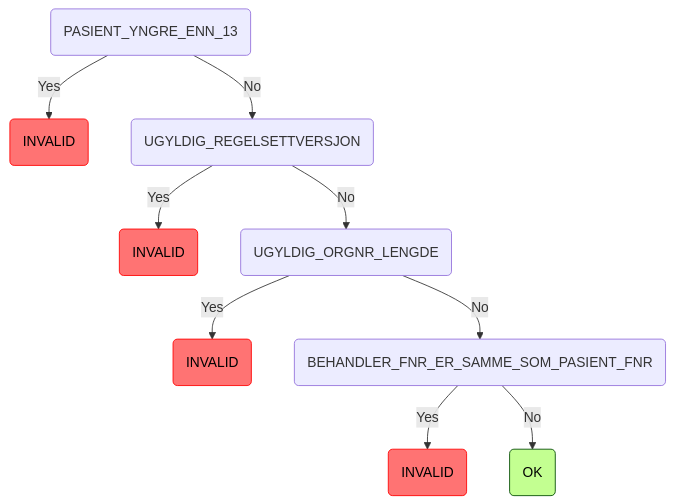
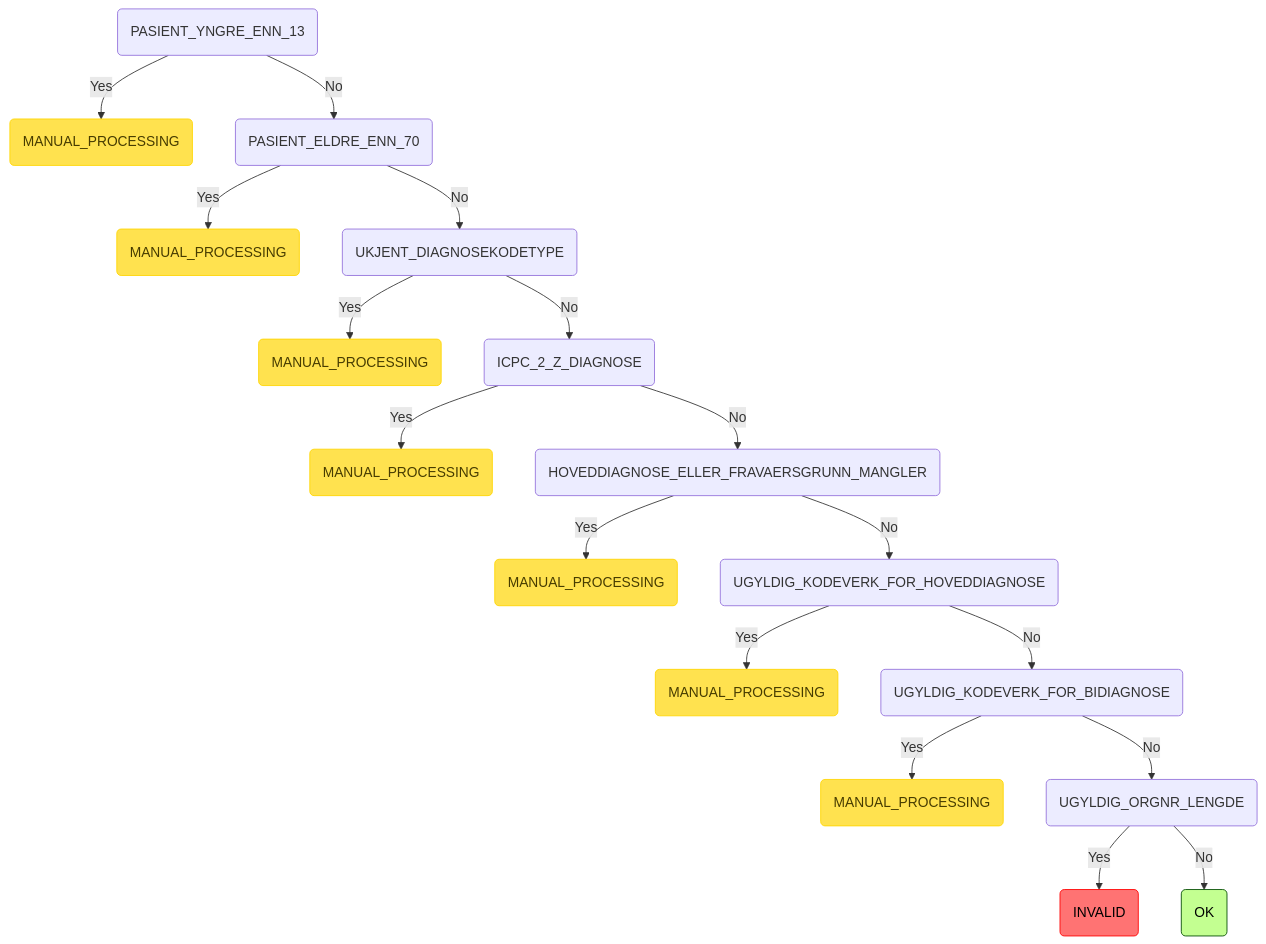
The third of 5 diagrams in README.md (navikt/syfosmpapirregler), drawn with Mermaid before and after one commit. The commit also changed other lines of this file and 13 other files, not shown here.

````diff
--- a/README.md
+++ b/README.md
@@ -106,14 +106,22 @@
 ```mermaid
 graph TD
-    root(PASIENT_YNGRE_ENN_13) -->|Yes| root_PASIENT_YNGRE_ENN_13_INVALID(INVALID):::invalid
-    root(PASIENT_YNGRE_ENN_13) -->|No| root_PASIENT_YNGRE_ENN_13_UGYLDIG_REGELSETTVERSJON(UGYLDIG_REGELSETTVERSJON)
-    root_PASIENT_YNGRE_ENN_13_UGYLDIG_REGELSETTVERSJON(UGYLDIG_REGELSETTVERSJON) -->|Yes| root_PASIENT_YNGRE_ENN_13_UGYLDIG_REGELSETTVERSJON_INVALID(INVALID):::invalid
-    root_PASIENT_YNGRE_ENN_13_UGYLDIG_REGELSETTVERSJON(UGYLDIG_REGELSETTVERSJON) -->|No| root_PASIENT_YNGRE_ENN_13_UGYLDIG_REGELSETTVERSJON_UGYLDIG_ORGNR_LENGDE(UGYLDIG_ORGNR_LENGDE)
-    root_PASIENT_YNGRE_ENN_13_UGYLDIG_REGELSETTVERSJON_UGYLDIG_ORGNR_LENGDE(UGYLDIG_ORGNR_LENGDE) -->|Yes| root_PASIENT_YNGRE_ENN_13_UGYLDIG_REGELSETTVERSJON_UGYLDIG_ORGNR_LENGDE_INVALID(INVALID):::invalid
-    root_PASIENT_YNGRE_ENN_13_UGYLDIG_REGELSETTVERSJON_UGYLDIG_ORGNR_LENGDE(UGYLDIG_ORGNR_LENGDE) -->|No| root_PASIENT_YNGRE_ENN_13_UGYLDIG_REGELSETTVERSJON_UGYLDIG_ORGNR_LENGDE_BEHANDLER_FNR_ER_SAMME_SOM_PASIENT_FNR(BEHANDLER_FNR_ER_SAMME_SOM_PASIENT_FNR)
-    root_PASIENT_YNGRE_ENN_13_UGYLDIG_REGELSETTVERSJON_UGYLDIG_ORGNR_LENGDE_BEHANDLER_FNR_ER_SAMME_SOM_PASIENT_FNR(BEHANDLER_FNR_ER_SAMME_SOM_PASIENT_FNR) -->|Yes| root_PASIENT_YNGRE_ENN_13_UGYLDIG_REGELSETTVERSJON_UGYLDIG_ORGNR_LENGDE_BEHANDLER_FNR_ER_SAMME_SOM_PASIENT_FNR_INVALID(INVALID):::invalid
-    root_PASIENT_YNGRE_ENN_13_UGYLDIG_REGELSETTVERSJON_UGYLDIG_ORGNR_LENGDE_BEHANDLER_FNR_ER_SAMME_SOM_PASIENT_FNR(BEHANDLER_FNR_ER_SAMME_SOM_PASIENT_FNR) -->|No| root_PASIENT_YNGRE_ENN_13_UGYLDIG_REGELSETTVERSJON_UGYLDIG_ORGNR_LENGDE_BEHANDLER_FNR_ER_SAMME_SOM_PASIENT_FNR_OK(OK):::ok
+    root(PASIENT_YNGRE_ENN_13) -->|Yes| root_PASIENT_YNGRE_ENN_13_MANUAL_PROCESSING(MANUAL_PROCESSING):::manuell
+    root(PASIENT_YNGRE_ENN_13) -->|No| root_PASIENT_YNGRE_ENN_13_PASIENT_ELDRE_ENN_70(PASIENT_ELDRE_ENN_70)
+    root_PASIENT_YNGRE_ENN_13_PASIENT_ELDRE_ENN_70(PASIENT_ELDRE_ENN_70) -->|Yes| root_PASIENT_YNGRE_ENN_13_PASIENT_ELDRE_ENN_70_MANUAL_PROCESSING(MANUAL_PROCESSING):::manuell
+    root_PASIENT_YNGRE_ENN_13_PASIENT_ELDRE_ENN_70(PASIENT_ELDRE_ENN_70) -->|No| root_PASIENT_YNGRE_ENN_13_PASIENT_ELDRE_ENN_70_UKJENT_DIAGNOSEKODETYPE(UKJENT_DIAGNOSEKODETYPE)
+    root_PASIENT_YNGRE_ENN_13_PASIENT_ELDRE_ENN_70_UKJENT_DIAGNOSEKODETYPE(UKJENT_DIAGNOSEKODETYPE) -->|Yes| root_PASIENT_YNGRE_ENN_13_PASIENT_ELDRE_ENN_70_UKJENT_DIAGNOSEKODETYPE_MANUAL_PROCESSING(MANUAL_PROCESSING):::manuell
+    root_PASIENT_YNGRE_ENN_13_PASIENT_ELDRE_ENN_70_UKJENT_DIAGNOSEKODETYPE(UKJENT_DIAGNOSEKODETYPE) -->|No| root_PASIENT_YNGRE_ENN_13_PASIENT_ELDRE_ENN_70_UKJENT_DIAGNOSEKODETYPE_ICPC_2_Z_DIAGNOSE(ICPC_2_Z_DIAGNOSE)
+    root_PASIENT_YNGRE_ENN_13_PASIENT_ELDRE_ENN_70_UKJENT_DIAGNOSEKODETYPE_ICPC_2_Z_DIAGNOSE(ICPC_2_Z_DIAGNOSE) -->|Yes| root_PASIENT_YNGRE_ENN_13_PASIENT_ELDRE_ENN_70_UKJENT_DIAGNOSEKODETYPE_ICPC_2_Z_DIAGNOSE_MANUAL_PROCESSING(MANUAL_PROCESSING):::manuell
+    root_PASIENT_YNGRE_ENN_13_PASIENT_ELDRE_ENN_70_UKJENT_DIAGNOSEKODETYPE_ICPC_2_Z_DIAGNOSE(ICPC_2_Z_DIAGNOSE) -->|No| root_PASIENT_YNGRE_ENN_13_PASIENT_ELDRE_ENN_70_UKJENT_DIAGNOSEKODETYPE_ICPC_2_Z_DIAGNOSE_HOVEDDIAGNOSE_ELLER_FRAVAERSGRUNN_MANGLER(HOVEDDIAGNOSE_ELLER_FRAVAERSGRUNN_MANGLER)
+    root_PASIENT_YNGRE_ENN_13_PASIENT_ELDRE_ENN_70_UKJENT_DIAGNOSEKODETYPE_ICPC_2_Z_DIAGNOSE_HOVEDDIAGNOSE_ELLER_FRAVAERSGRUNN_MANGLER(HOVEDDIAGNOSE_ELLER_FRAVAERSGRUNN_MANGLER) -->|Yes| root_PASIENT_YNGRE_ENN_13_PASIENT_ELDRE_ENN_70_UKJENT_DIAGNOSEKODETYPE_ICPC_2_Z_DIAGNOSE_HOVEDDIAGNOSE_ELLER_FRAVAERSGRUNN_MANGLER_MANUAL_PROCESSING(MANUAL_PROCESSING):::manuell
+    root_PASIENT_YNGRE_ENN_13_PASIENT_ELDRE_ENN_70_UKJENT_DIAGNOSEKODETYPE_ICPC_2_Z_DIAGNOSE_HOVEDDIAGNOSE_ELLER_FRAVAERSGRUNN_MANGLER(HOVEDDIAGNOSE_ELLER_FRAVAERSGRUNN_MANGLER) -->|No| root_PASIENT_YNGRE_ENN_13_PASIENT_ELDRE_ENN_70_UKJENT_DIAGNOSEKODETYPE_ICPC_2_Z_DIAGNOSE_HOVEDDIAGNOSE_ELLER_FRAVAERSGRUNN_MANGLER_UGYLDIG_KODEVERK_FOR_HOVEDDIAGNOSE(UGYLDIG_KODEVERK_FOR_HOVEDDIAGNOSE)
+    root_PASIENT_YNGRE_ENN_13_PASIENT_ELDRE_ENN_70_UKJENT_DIAGNOSEKODETYPE_ICPC_2_Z_DIAGNOSE_HOVEDDIAGNOSE_ELLER_FRAVAERSGRUNN_MANGLER_UGYLDIG_KODEVERK_FOR_HOVEDDIAGNOSE(UGYLDIG_KODEVERK_FOR_HOVEDDIAGNOSE) -->|Yes| root_PASIENT_YNGRE_ENN_13_PASIENT_ELDRE_ENN_70_UKJENT_DIAGNOSEKODETYPE_ICPC_2_Z_DIAGNOSE_HOVEDDIAGNOSE_ELLER_FRAVAERSGRUNN_MANGLER_UGYLDIG_KODEVERK_FOR_HOVEDDIAGNOSE_MANUAL_PROCESSING(MANUAL_PROCESSING):::manuell
+    root_PASIENT_YNGRE_ENN_13_PASIENT_ELDRE_ENN_70_UKJENT_DIAGNOSEKODETYPE_ICPC_2_Z_DIAGNOSE_HOVEDDIAGNOSE_ELLER_FRAVAERSGRUNN_MANGLER_UGYLDIG_KODEVERK_FOR_HOVEDDIAGNOSE(UGYLDIG_KODEVERK_FOR_HOVEDDIAGNOSE) -->|No| root_PASIENT_YNGRE_ENN_13_PASIENT_ELDRE_ENN_70_UKJENT_DIAGNOSEKODETYPE_ICPC_2_Z_DIAGNOSE_HOVEDDIAGNOSE_ELLER_FRAVAERSGRUNN_MANGLER_UGYLDIG_KODEVERK_FOR_HOVEDDIAGNOSE_UGYLDIG_KODEVERK_FOR_BIDIAGNOSE(UGYLDIG_KODEVERK_FOR_BIDIAGNOSE)
+    root_PASIENT_YNGRE_ENN_13_PASIENT_ELDRE_ENN_70_UKJENT_DIAGNOSEKODETYPE_ICPC_2_Z_DIAGNOSE_HOVEDDIAGNOSE_ELLER_FRAVAERSGRUNN_MANGLER_UGYLDIG_KODEVERK_FOR_HOVEDDIAGNOSE_UGYLDIG_KODEVERK_FOR_BIDIAGNOSE(UGYLDIG_KODEVERK_FOR_BIDIAGNOSE) -->|Yes| root_PASIENT_YNGRE_ENN_13_PASIENT_ELDRE_ENN_70_UKJENT_DIAGNOSEKODETYPE_ICPC_2_Z_DIAGNOSE_HOVEDDIAGNOSE_ELLER_FRAVAERSGRUNN_MANGLER_UGYLDIG_KODEVERK_FOR_HOVEDDIAGNOSE_UGYLDIG_KODEVERK_FOR_BIDIAGNOSE_MANUAL_PROCESSING(MANUAL_PROCESSING):::manuell
+    root_PASIENT_YNGRE_ENN_13_PASIENT_ELDRE_ENN_70_UKJENT_DIAGNOSEKODETYPE_ICPC_2_Z_DIAGNOSE_HOVEDDIAGNOSE_ELLER_FRAVAERSGRUNN_MANGLER_UGYLDIG_KODEVERK_FOR_HOVEDDIAGNOSE_UGYLDIG_KODEVERK_FOR_BIDIAGNOSE(UGYLDIG_KODEVERK_FOR_BIDIAGNOSE) -->|No| root_PASIENT_YNGRE_ENN_13_PASIENT_ELDRE_ENN_70_UKJENT_DIAGNOSEKODETYPE_ICPC_2_Z_DIAGNOSE_HOVEDDIAGNOSE_ELLER_FRAVAERSGRUNN_MANGLER_UGYLDIG_KODEVERK_FOR_HOVEDDIAGNOSE_UGYLDIG_KODEVERK_FOR_BIDIAGNOSE_UGYLDIG_ORGNR_LENGDE(UGYLDIG_ORGNR_LENGDE)
+    root_PASIENT_YNGRE_ENN_13_PASIENT_ELDRE_ENN_70_UKJENT_DIAGNOSEKODETYPE_ICPC_2_Z_DIAGNOSE_HOVEDDIAGNOSE_ELLER_FRAVAERSGRUNN_MANGLER_UGYLDIG_KODEVERK_FOR_HOVEDDIAGNOSE_UGYLDIG_KODEVERK_FOR_BIDIAGNOSE_UGYLDIG_ORGNR_LENGDE(UGYLDIG_ORGNR_LENGDE) -->|Yes| root_PASIENT_YNGRE_ENN_13_PASIENT_ELDRE_ENN_70_UKJENT_DIAGNOSEKODETYPE_ICPC_2_Z_DIAGNOSE_HOVEDDIAGNOSE_ELLER_FRAVAERSGRUNN_MANGLER_UGYLDIG_KODEVERK_FOR_HOVEDDIAGNOSE_UGYLDIG_KODEVERK_FOR_BIDIAGNOSE_UGYLDIG_ORGNR_LENGDE_INVALID(INVALID):::invalid
+    root_PASIENT_YNGRE_ENN_13_PASIENT_ELDRE_ENN_70_UKJENT_DIAGNOSEKODETYPE_ICPC_2_Z_DIAGNOSE_HOVEDDIAGNOSE_ELLER_FRAVAERSGRUNN_MANGLER_UGYLDIG_KODEVERK_FOR_HOVEDDIAGNOSE_UGYLDIG_KODEVERK_FOR_BIDIAGNOSE_UGYLDIG_ORGNR_LENGDE(UGYLDIG_ORGNR_LENGDE) -->|No| root_PASIENT_YNGRE_ENN_13_PASIENT_ELDRE_ENN_70_UKJENT_DIAGNOSEKODETYPE_ICPC_2_Z_DIAGNOSE_HOVEDDIAGNOSE_ELLER_FRAVAERSGRUNN_MANGLER_UGYLDIG_KODEVERK_FOR_HOVEDDIAGNOSE_UGYLDIG_KODEVERK_FOR_BIDIAGNOSE_UGYLDIG_ORGNR_LENGDE_OK(OK):::ok
     classDef ok fill:#c3ff91,stroke:#004a00,color: black;
     classDef invalid fill:#ff7373,stroke:#ff0000,color: black;
     classDef manuell fill:#ffe24f,stroke:#ffd500,color: #473c00;
 ```
````
